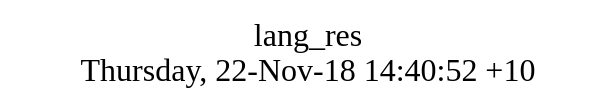
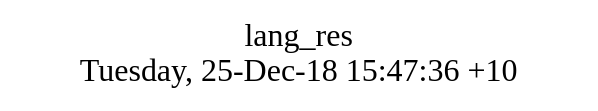
The diagram in src/lang_res/struct.dot (AplaProject/apps), drawn with Graphviz before and after one commit. The commit also changed 9 other files, not shown here.

```diff
--- a/src/lang_res/struct.dot
+++ b/src/lang_res/struct.dot
@@ -1,8 +1,8 @@
 digraph G {
 fontsize="24";
-label="lang_res\nThursday, 22-Nov-18 14:40:52 +10";
+label="lang_res\nTuesday, 25-Dec-18 15:47:36 +10";
 nojustify=true;
 ordering=out;
 rankdir=LR;
 size="30";
 }
```
